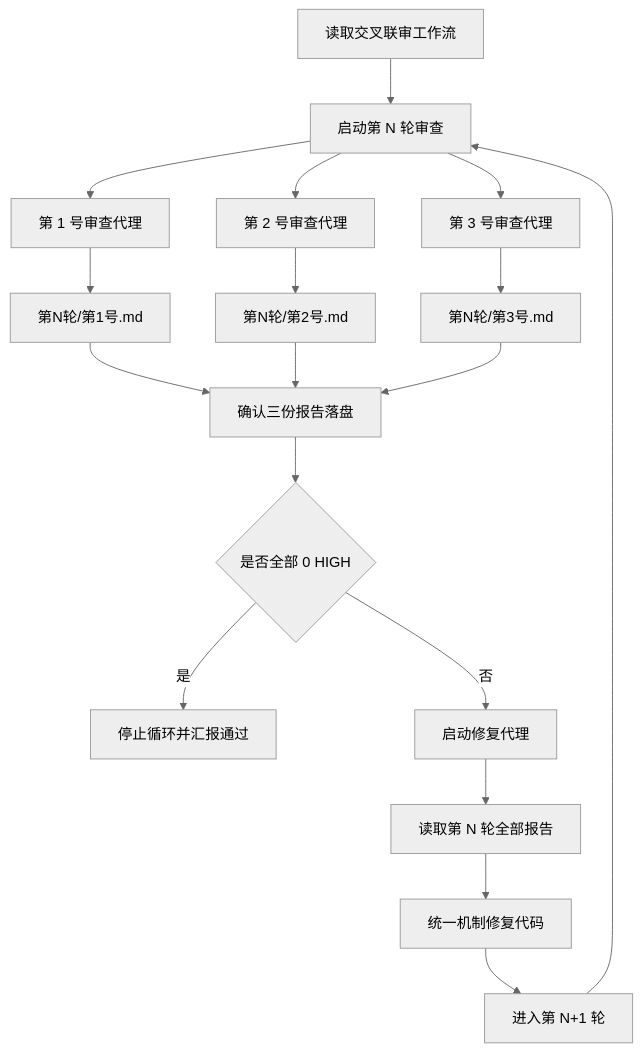
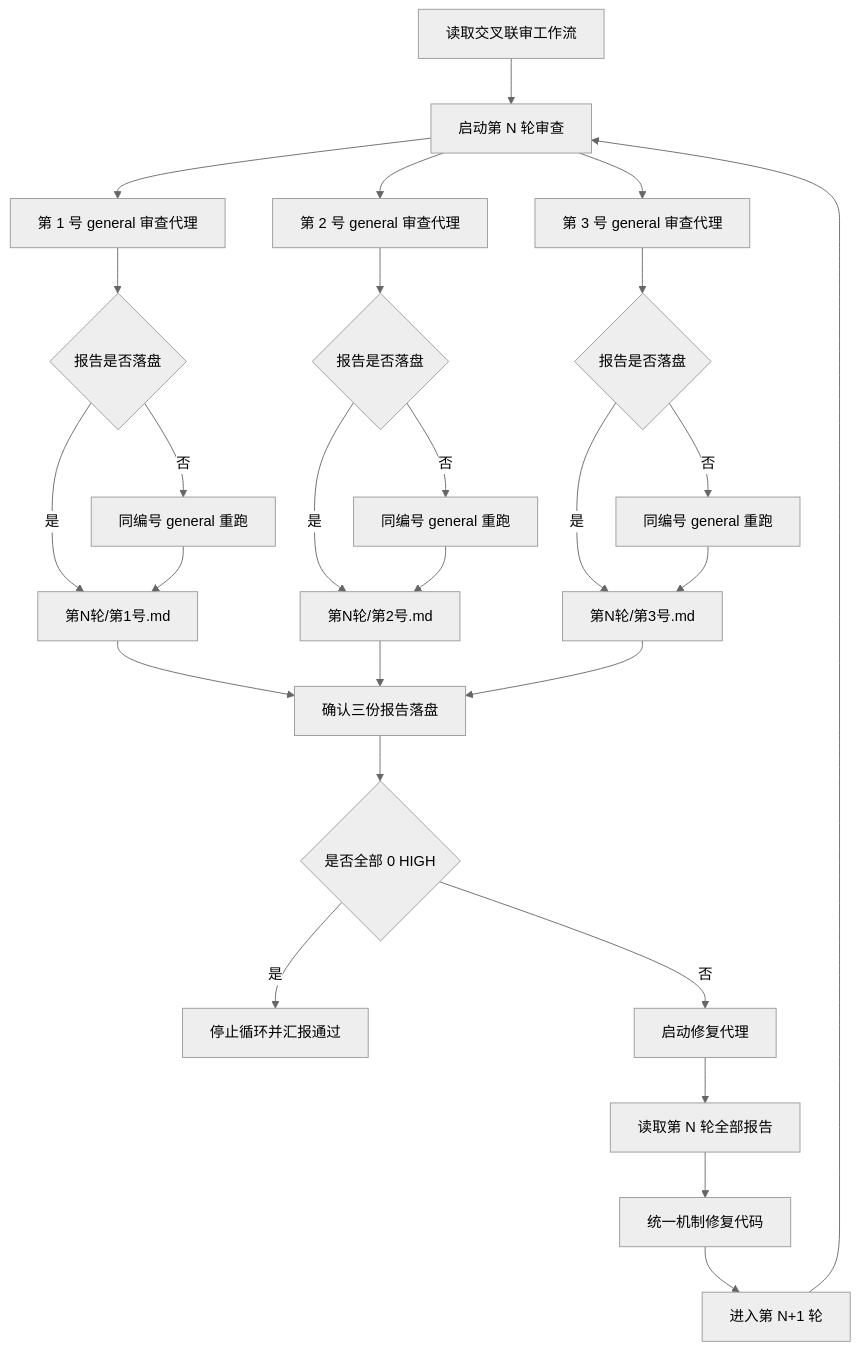
Before and after one commit to noelle-silva/eucli-box: the diagram in 交叉联审工作流.md, drawn with Mermaid (neutral theme). The commit also changed other lines of this file and 2 other files, not shown here.

Commit message:
工作流更新

````diff
--- a/交叉联审工作流.md
+++ b/交叉联审工作流.md
@@ -189,20 +198,29 @@
 ```mermaid
 flowchart TD
     A[读取交叉联审工作流] --> B[启动第 N 轮审查]
-    B --> C1[第 1 号审查代理]
-    B --> C2[第 2 号审查代理]
-    B --> C3[第 3 号审查代理]
-    C1 --> D1[第N轮/第1号.md]
-    C2 --> D2[第N轮/第2号.md]
-    C3 --> D3[第N轮/第3号.md]
+    B --> C1[第 1 号 general 审查代理]
+    B --> C2[第 2 号 general 审查代理]
+    B --> C3[第 3 号 general 审查代理]
+    C1 --> X1{报告是否落盘}
+    C2 --> X2{报告是否落盘}
+    C3 --> X3{报告是否落盘}
+    X1 -- 否 --> Y1[同编号 general 重跑]
+    X2 -- 否 --> Y2[同编号 general 重跑]
+    X3 -- 否 --> Y3[同编号 general 重跑]
+    X1 -- 是 --> D1[第N轮/第1号.md]
+    X2 -- 是 --> D2[第N轮/第2号.md]
+    X3 -- 是 --> D3[第N轮/第3号.md]
+    Y1 --> D1
+    Y2 --> D2
+    Y3 --> D3
     D1 --> E[确认三份报告落盘]
     D2 --> E
     D3 --> E
     E --> F{是否全部 0 HIGH}
     F -- 是 --> G[停止循环并汇报通过]
     F -- 否 --> H[启动修复代理]
     H --> I[读取第 N 轮全部报告]
     I --> J[统一机制修复代码]
     J --> K[进入第 N+1 轮]
     K --> B
 ```
````
